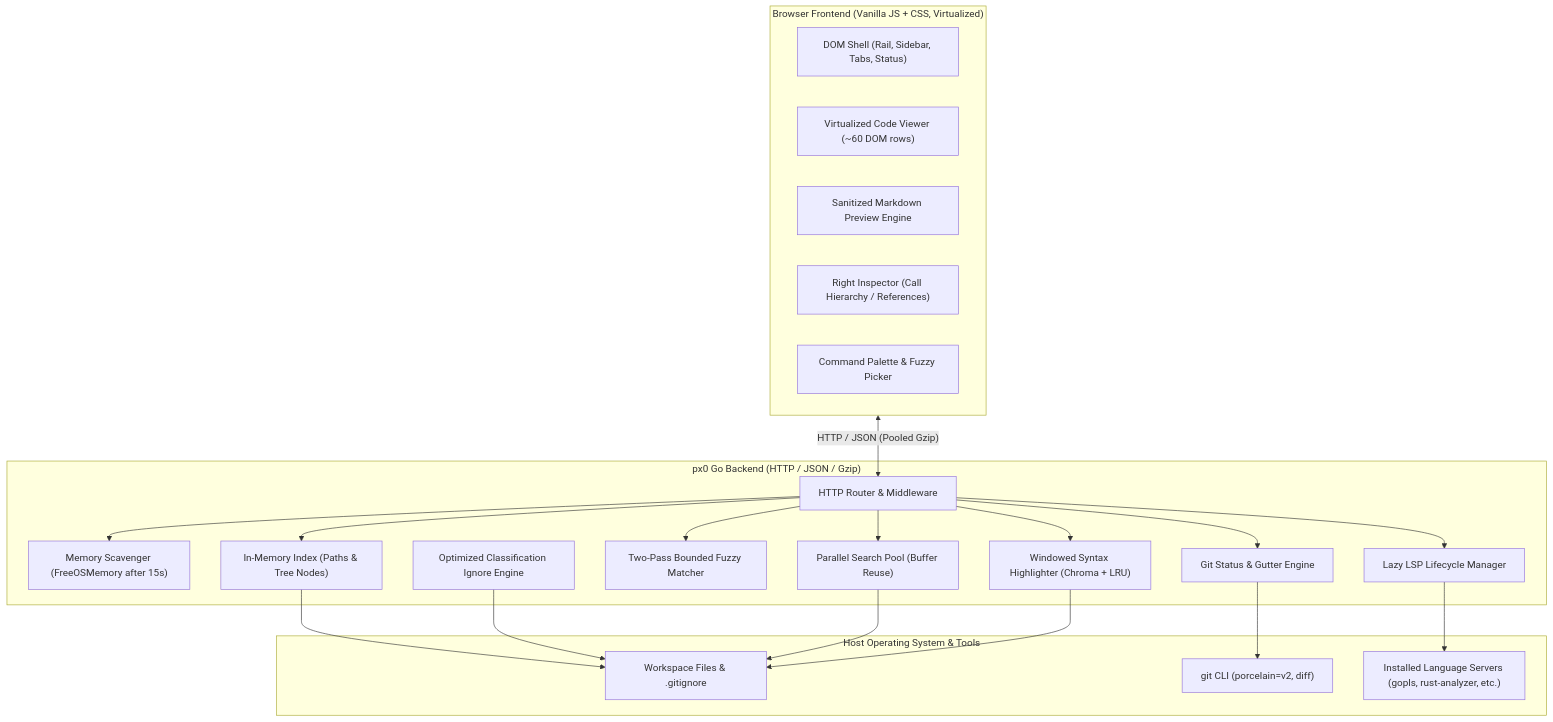
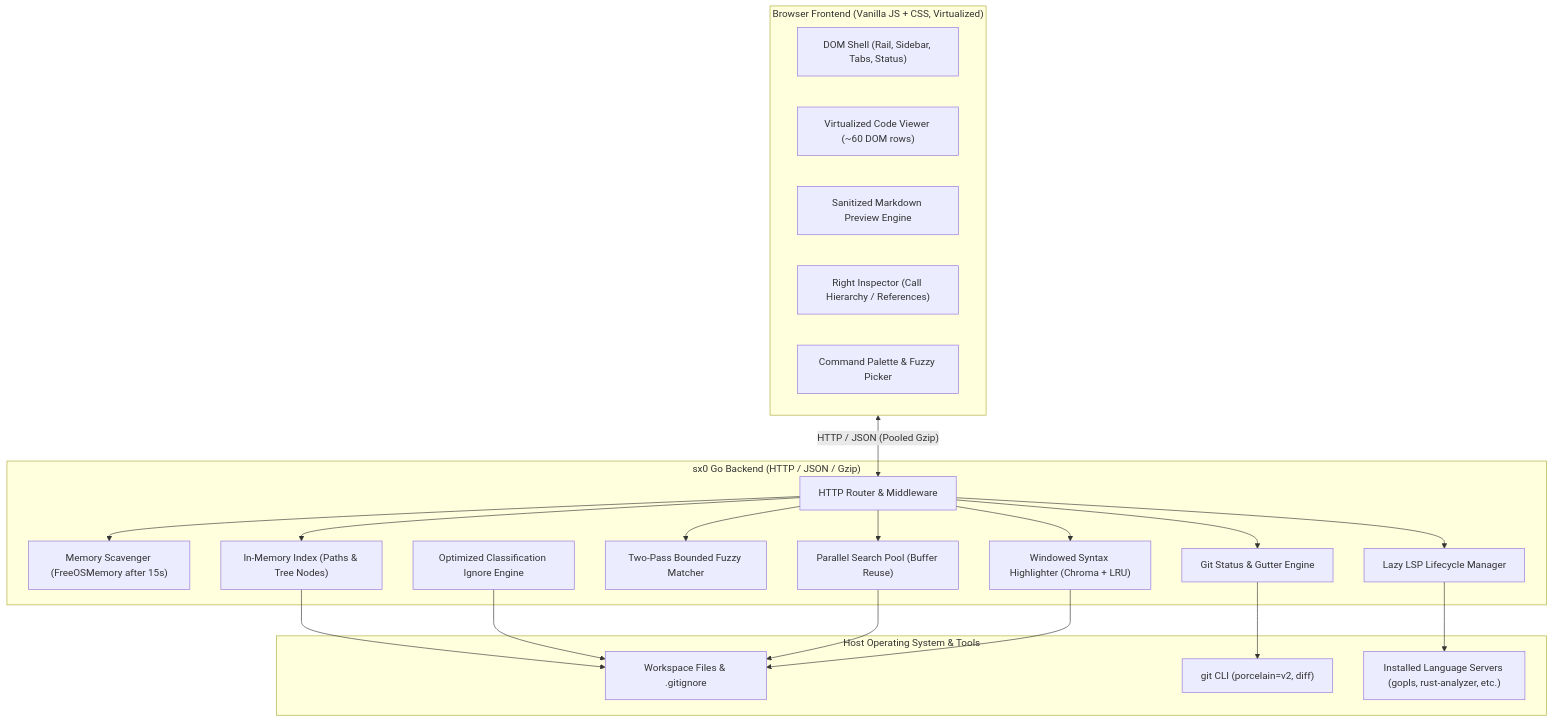
Before and after one commit to bookee-soumyaz13/sx0: the diagram in docs/internals/README.md, drawn with Mermaid. The commit also changed other lines of this file and 83 other files, not shown here.

````diff
--- a/docs/internals/README.md
+++ b/docs/internals/README.md
@@ -9,44 +9,44 @@
 ```mermaid
 flowchart TD
     subgraph Client ["Browser Frontend (Vanilla JS + CSS, Virtualized)"]
         UI["DOM Shell (Rail, Sidebar, Tabs, Status)"]
         VirtEditor["Virtualized Code Viewer (~60 DOM rows)"]
         MDViewer["Sanitized Markdown Preview Engine"]
         Inspector["Right Inspector (Call Hierarchy / References)"]
         Palette["Command Palette & Fuzzy Picker"]
     end
 
-    subgraph GoServer ["px0 Go Backend (HTTP / JSON / Gzip)"]
+    subgraph GoServer ["sx0 Go Backend (HTTP / JSON / Gzip)"]
         Router["HTTP Router & Middleware"]
         Scavenger["Memory Scavenger (FreeOSMemory after 15s)"]
         IndexEngine["In-Memory Index (Paths & Tree Nodes)"]
         IgnoreEngine["Optimized Classification Ignore Engine"]
         FuzzyEngine["Two-Pass Bounded Fuzzy Matcher"]
         SearchEngine["Parallel Search Pool (Buffer Reuse)"]
         HLEngine["Windowed Syntax Highlighter (Chroma + LRU)"]
         LSPMgr["Lazy LSP Lifecycle Manager"]
         GitEngine["Git Status & Gutter Engine"]
     end
 
     subgraph HostFS ["Host Operating System & Tools"]
         FS["Workspace Files & .gitignore"]
         GitCLI["git CLI (porcelain=v2, diff)"]
         LSPBinaries["Installed Language Servers (gopls, rust-analyzer, etc.)"]
     end
 
     Client <-->|"HTTP / JSON (Pooled Gzip)"| Router
     Router --> IndexEngine
     Router --> SearchEngine
     Router --> FuzzyEngine
     Router --> HLEngine
     Router --> LSPMgr
     Router --> GitEngine
     Router --> Scavenger
 
     IndexEngine --> FS
     IgnoreEngine --> FS
     SearchEngine --> FS
     HLEngine --> FS
     GitEngine --> GitCLI
     LSPMgr --> LSPBinaries
 ```
````
